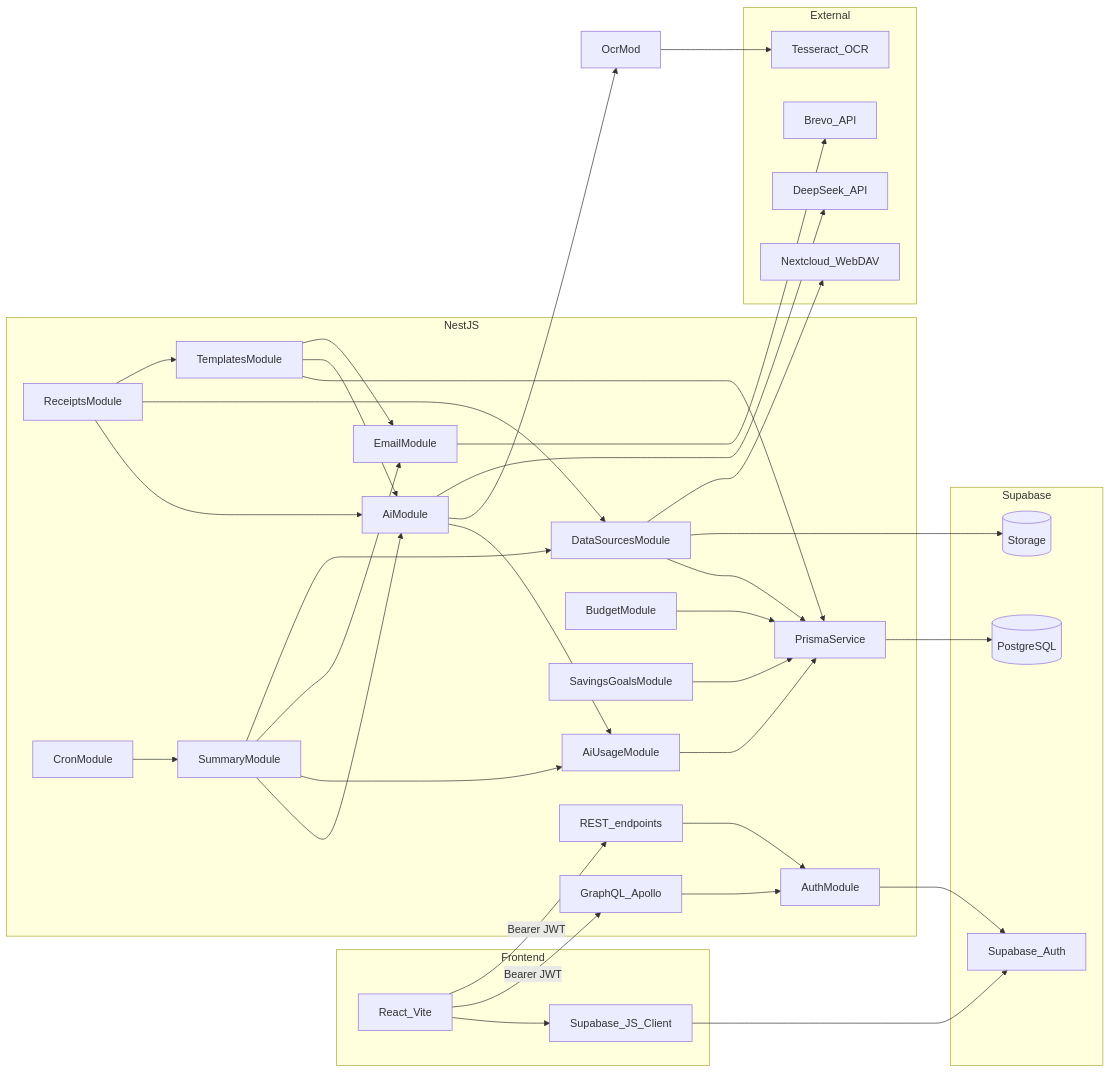
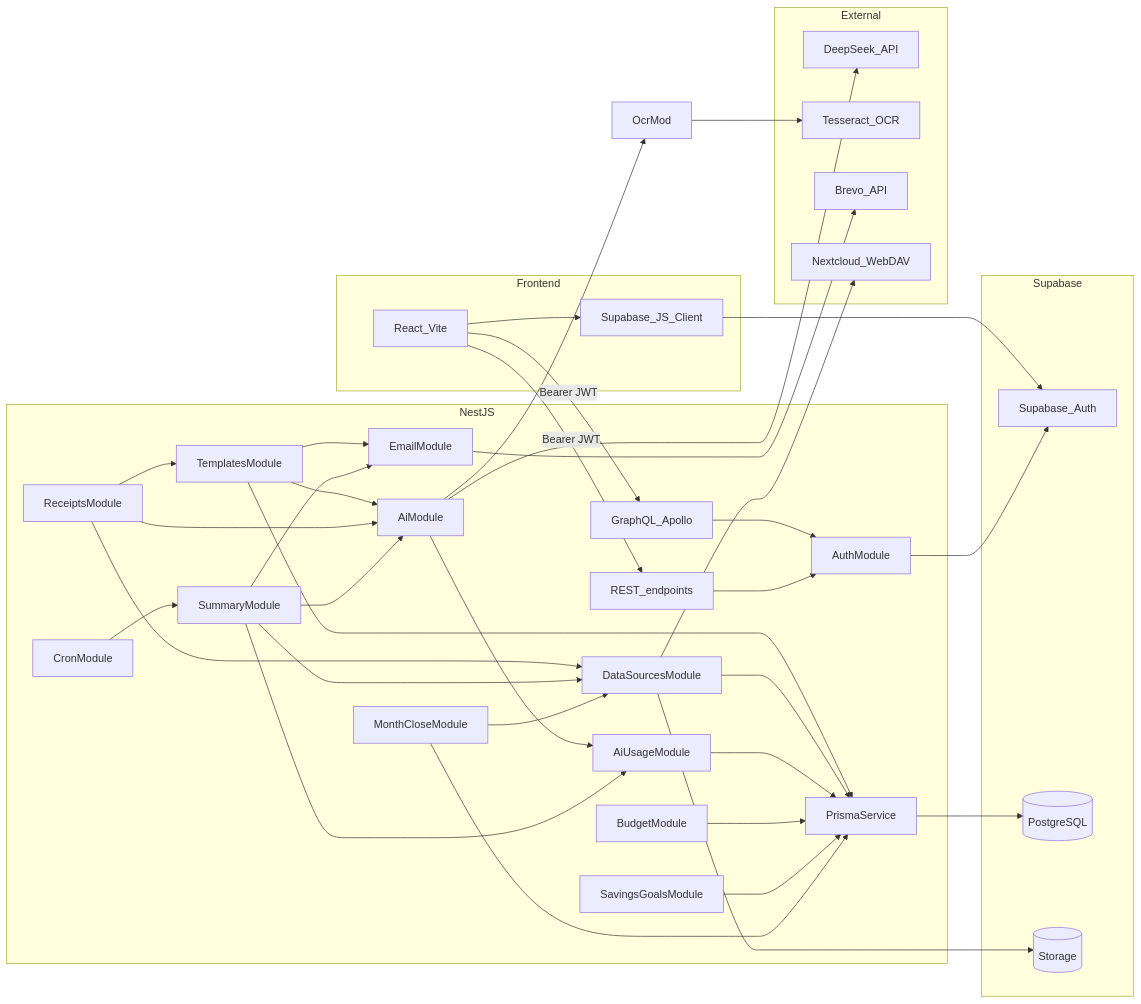
The diagram in docs/architecture.md (PatrykS-ORG/expenses-tracking-backend), drawn with Mermaid before and after one commit. The commit also changed other lines of this file and 29 other files, not shown here.

````diff
--- a/docs/architecture.md
+++ b/docs/architecture.md
@@ -18,65 +18,68 @@
 ```mermaid
 flowchart LR
   subgraph frontend [Frontend]
     React[React_Vite]
     SupaClient[Supabase_JS_Client]
   end
   subgraph backend [NestJS]
     GQL[GraphQL_Apollo]
     REST[REST_endpoints]
     AuthMod[AuthModule]
     TemplatesMod[TemplatesModule]
     DataSourcesMod[DataSourcesModule]
     EmailMod[EmailModule]
     AiMod[AiModule]
     AiUsageMod[AiUsageModule]
     ReceiptsMod[ReceiptsModule]
     SummaryMod[SummaryModule]
     BudgetMod[BudgetModule]
     SavingsGoalsMod[SavingsGoalsModule]
+    MonthCloseMod[MonthCloseModule]
     CronMod[CronModule]
     PrismaSvc[PrismaService]
   end
   subgraph supabase [Supabase]
     SupaAuth[Supabase_Auth]
     Postgres[(PostgreSQL)]
     Storage[(Storage)]
   end
   subgraph external [External]
     DeepSeek[DeepSeek_API]
     Tesseract[Tesseract_OCR]
     Brevo[Brevo_API]
     Nextcloud[Nextcloud_WebDAV]
   end
 
   React --> SupaClient
   SupaClient --> SupaAuth
   React -->|"Bearer JWT"| GQL
   React -->|"Bearer JWT"| REST
   GQL --> AuthMod
   REST --> AuthMod
   AuthMod --> SupaAuth
   TemplatesMod --> PrismaSvc
   TemplatesMod --> AiMod
   TemplatesMod --> EmailMod
   DataSourcesMod --> PrismaSvc
   DataSourcesMod --> Storage
   DataSourcesMod --> Nextcloud
   ReceiptsMod --> AiMod
   ReceiptsMod --> DataSourcesMod
   ReceiptsMod --> TemplatesMod
   AiMod --> AiUsageMod
   AiMod --> OcrMod
   AiMod --> DeepSeek
   AiUsageMod --> PrismaSvc
   OcrMod --> Tesseract
   EmailMod --> Brevo
   SummaryMod --> AiMod
   SummaryMod --> AiUsageMod
   SummaryMod --> EmailMod
   SummaryMod --> DataSourcesMod
   BudgetMod --> PrismaSvc
   SavingsGoalsMod --> PrismaSvc
+  MonthCloseMod --> PrismaSvc
+  MonthCloseMod --> DataSourcesMod
   CronMod --> SummaryMod
   PrismaSvc --> Postgres
 ```
````
